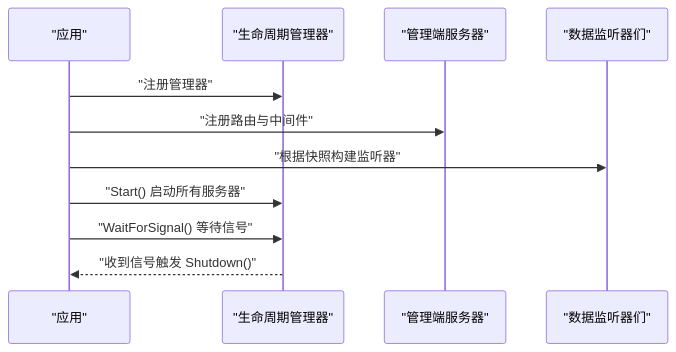
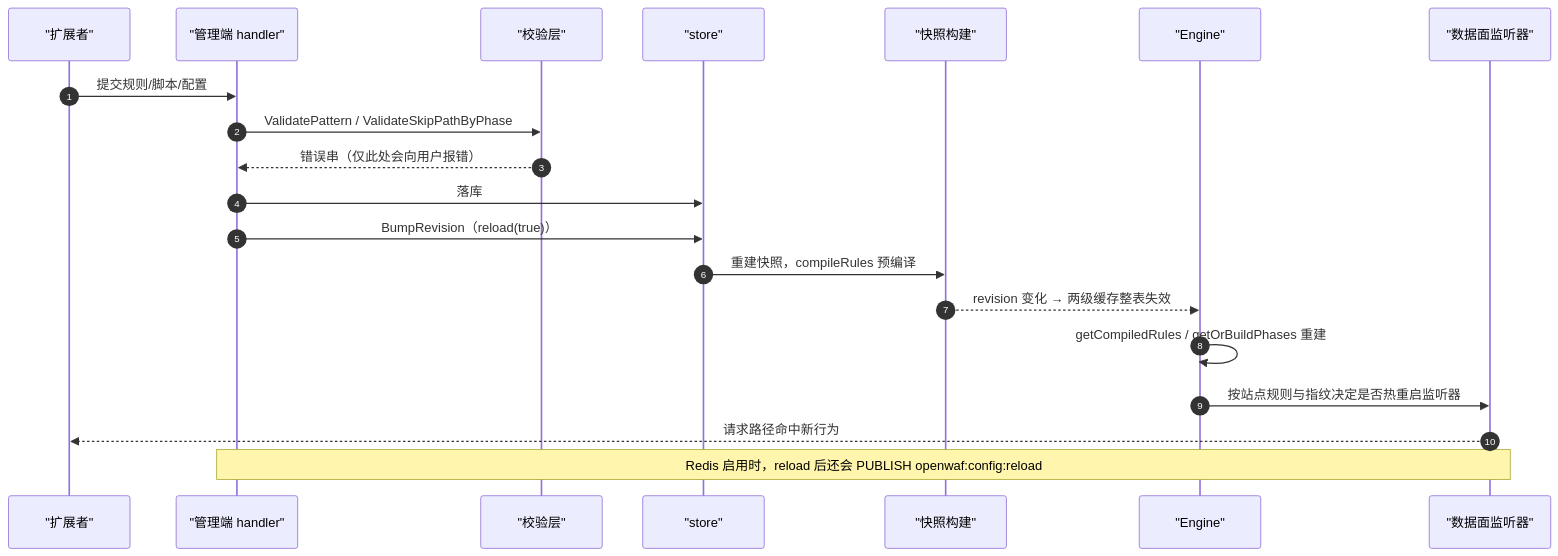
One commit to x01n/My-OpenWaf changed the third of 4 diagrams in docs/扩展与插件系统/扩展与插件系统.md. Above: the diagram before and after it, drawn with Mermaid. The commit also changed other lines of this file and 622 other files, not shown here.

````diff
--- a/docs/扩展与插件系统/扩展与插件系统.md
+++ b/docs/扩展与插件系统/扩展与插件系统.md
@@ -327,13 +258,22 @@
 ```mermaid
 sequenceDiagram
-participant App as "应用"
-participant LM as "生命周期管理器"
-participant Admin as "管理端服务器"
-participant Data as "数据监听器们"
-App->>LM : "注册管理器"
-App->>Admin : "注册路由与中间件"
-App->>Data : "根据快照构建监听器"
-App->>LM : "Start() 启动所有服务器"
-App->>LM : "WaitForSignal() 等待信号"
-LM-->>App : "收到信号触发 Shutdown()"
+    autonumber
+    participant DEV as "扩展者"
+    participant ADM as "管理端 handler"
+    participant VAL as "校验层"
+    participant ST as "store"
+    participant SNAP as "快照构建"
+    participant ENG as "Engine"
+    participant DP as "数据面监听器"
+    DEV->>ADM : 提交规则/脚本/配置
+    ADM->>VAL : ValidatePattern / ValidateSkipPathByPhase
+    VAL-->>ADM : 错误串（仅此处会向用户报错）
+    ADM->>ST : 落库
+    ADM->>ST : BumpRevision（reload(true)）
+    ST->>SNAP : 重建快照，compileRules 预编译
+    SNAP-->>ENG : revision 变化 → 两级缓存整表失效
+    ENG->>ENG : getCompiledRules / getOrBuildPhases 重建
+    ENG->>DP : 按站点规则与指纹决定是否热重启监听器
+    DP-->>DEV : 请求路径命中新行为
+    Note over ADM,DP : Redis 启用时，reload 后还会 PUBLISH openwaf:config:reload
 ```
````
